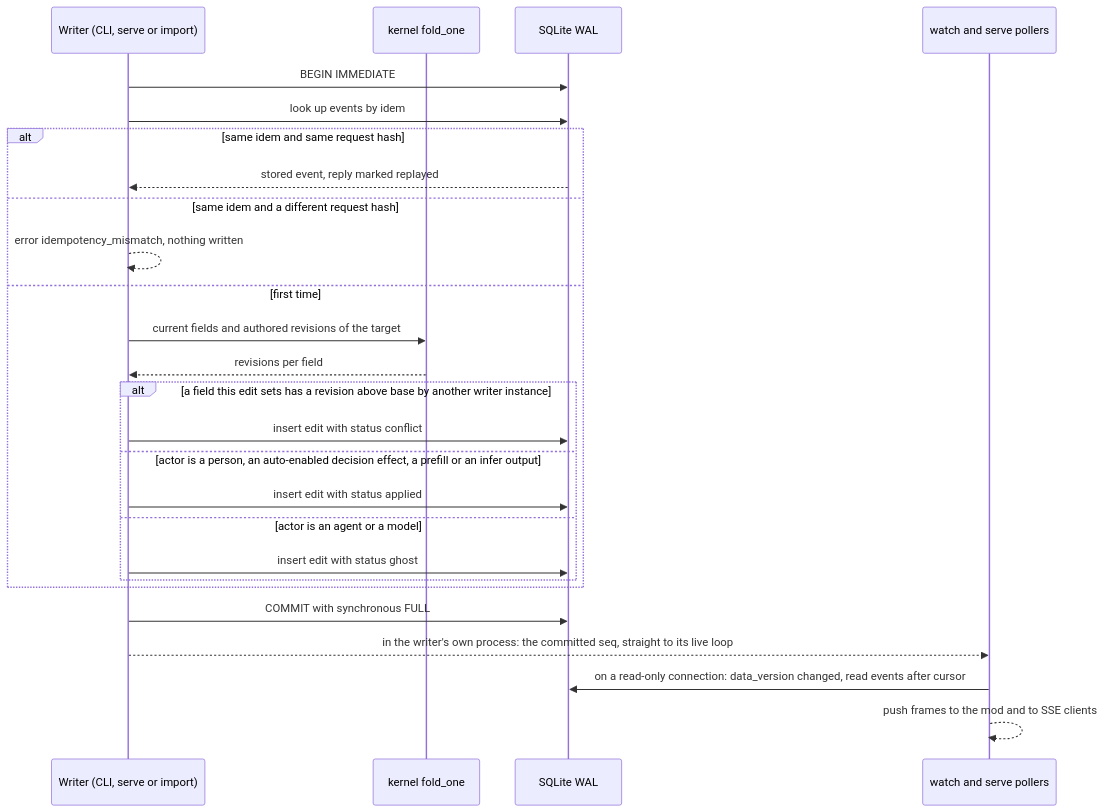
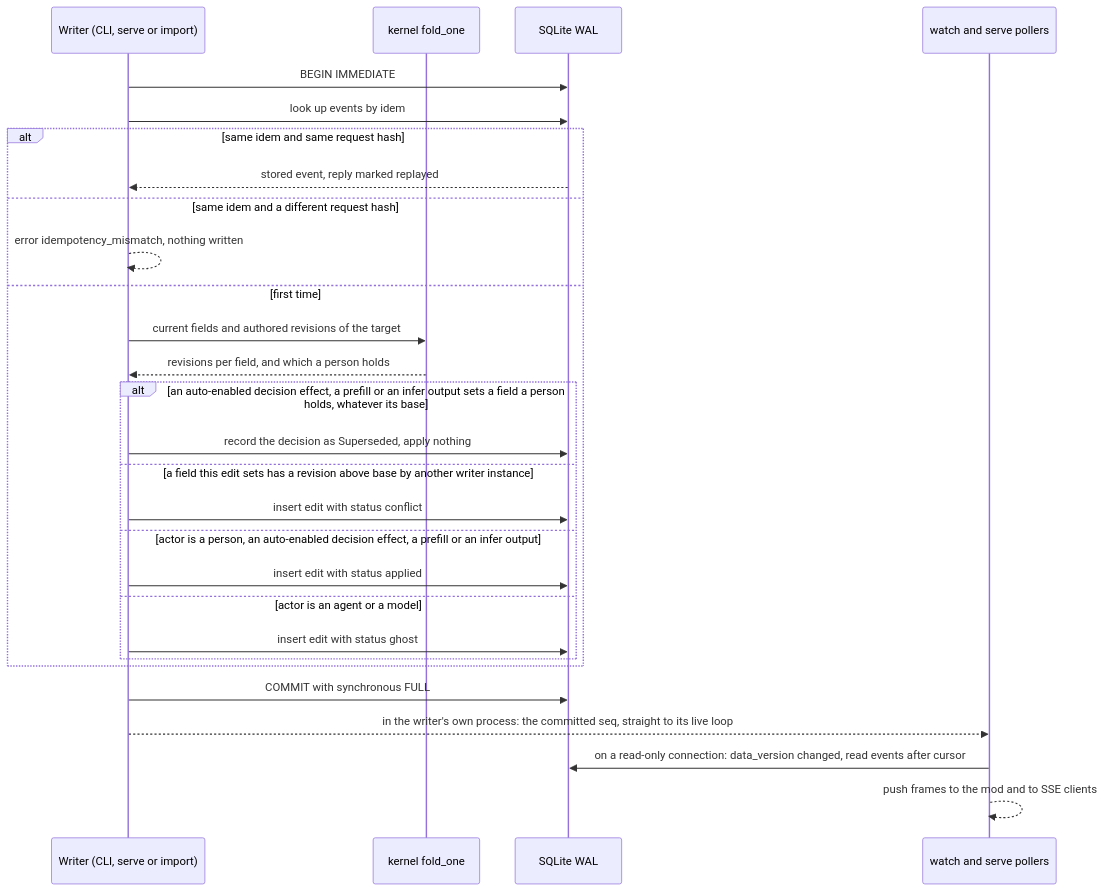
The fifth of 7 diagrams in docs/contributing/architecture.md (doodla/planroom), drawn with Mermaid before and after one commit. The commit also changed other lines of this file and 2 other files, not shown here.

First line of the commit message:
WIP: architecture review round 3 fixes in progress

````diff
--- a/docs/contributing/architecture.md
+++ b/docs/contributing/architecture.md
@@ -252,28 +252,30 @@
 ```mermaid
 sequenceDiagram
   participant W as Writer (CLI, serve or import)
   participant K as kernel fold_one
   participant DB as SQLite WAL
   participant L as watch and serve pollers
   W->>DB: BEGIN IMMEDIATE
   W->>DB: look up events by idem
   alt same idem and same request hash
     DB-->>W: stored event, reply marked replayed
   else same idem and a different request hash
     W-->>W: error idempotency_mismatch, nothing written
   else first time
     W->>K: current fields and authored revisions of the target
-    K-->>W: revisions per field
-    alt a field this edit sets has a revision above base by another writer instance
+    K-->>W: revisions per field, and which a person holds
+    alt an auto-enabled decision effect, a prefill or an infer output sets a field a person holds, whatever its base
+      W->>DB: record the decision as Superseded, apply nothing
+    else a field this edit sets has a revision above base by another writer instance
       W->>DB: insert edit with status conflict
     else actor is a person, an auto-enabled decision effect, a prefill or an infer output
       W->>DB: insert edit with status applied
     else actor is an agent or a model
       W->>DB: insert edit with status ghost
     end
   end
   W->>DB: COMMIT with synchronous FULL
   W-->>L: in the writer's own process: the committed seq, straight to its live loop
   L->>DB: on a read-only connection: data_version changed, read events after cursor
   L-->>L: push frames to the mod and to SSE clients
 ```
````
